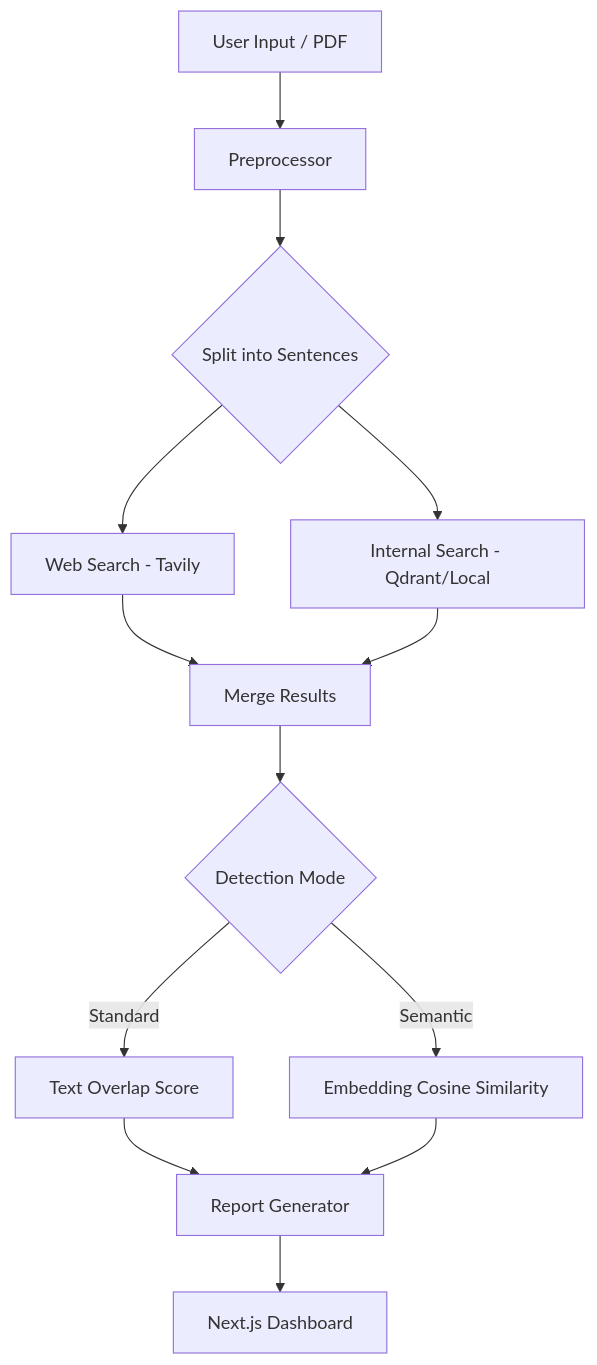
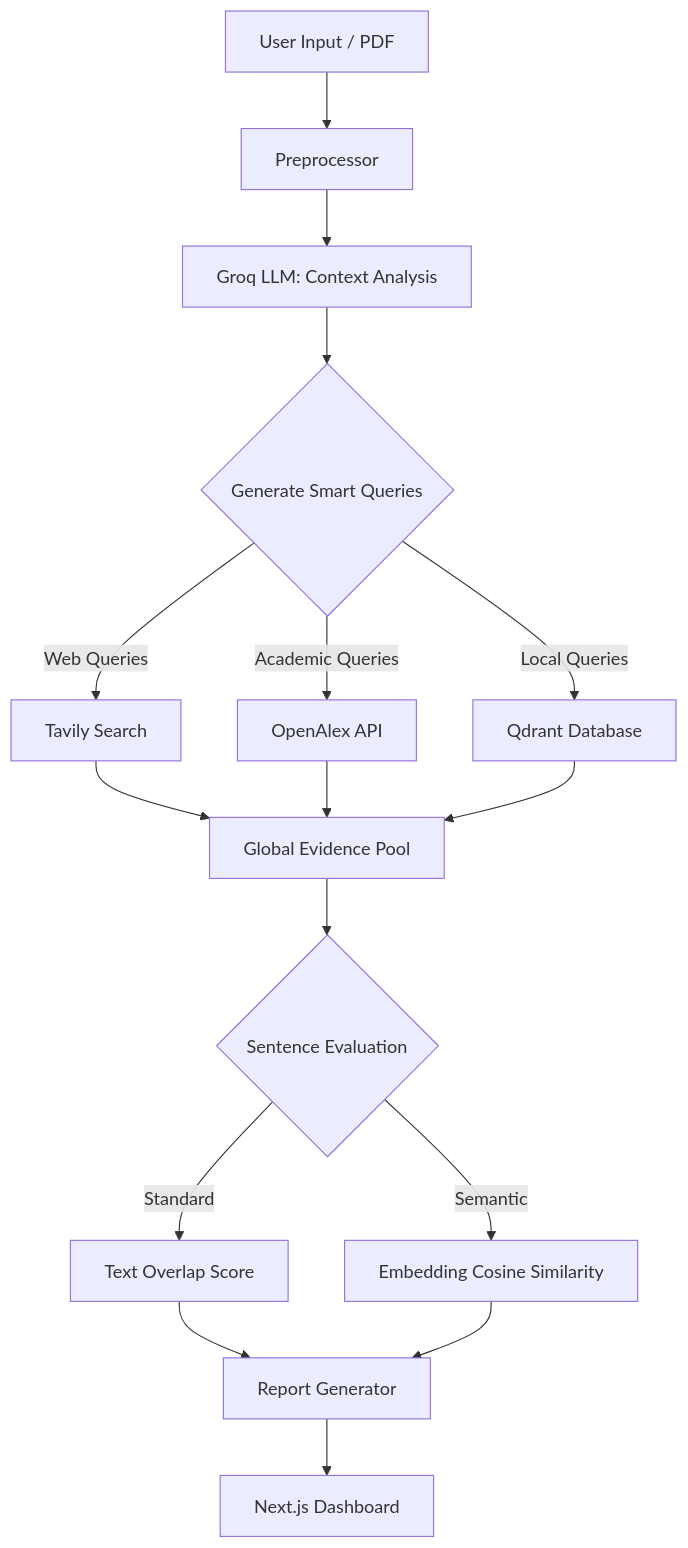
One commit to Ganesh-reddy005/Plagiarism-Checker changed the diagram in README.md. Above: the diagram before and after it, drawn with Mermaid. The commit also changed other lines of this file, not shown here.

````diff
--- a/README.md
+++ b/README.md
@@ -36,15 +36,18 @@
 ```mermaid
 graph TD
     A[User Input / PDF] --> B[Preprocessor]
-    B --> C{Split into Sentences}
-    C --> D[Web Search - Tavily]
-    C --> E[Internal Search - Qdrant/Local]
-    D --> F[Merge Results]
-    E --> F
-    F --> G{Detection Mode}
-    G -- Standard --> H[Text Overlap Score]
-    G -- Semantic --> I[Embedding Cosine Similarity]
-    H --> J[Report Generator]
-    I --> J
-    J --> K[Next.js Dashboard]
+    B --> C[Groq LLM: Context Analysis]
+    C --> D{Generate Smart Queries}
+    D -- Web Queries --> E[Tavily Search]
+    D -- Academic Queries --> F[OpenAlex API]
+    D -- Local Queries --> G[Qdrant Database]
+    E --> H[Global Evidence Pool]
+    F --> H
+    G --> H
+    H --> I{Sentence Evaluation}
+    I -- Standard --> J[Text Overlap Score]
+    I -- Semantic --> K[Embedding Cosine Similarity]
+    J --> L[Report Generator]
+    K --> L
+    L --> M[Next.js Dashboard]
 ```
````
